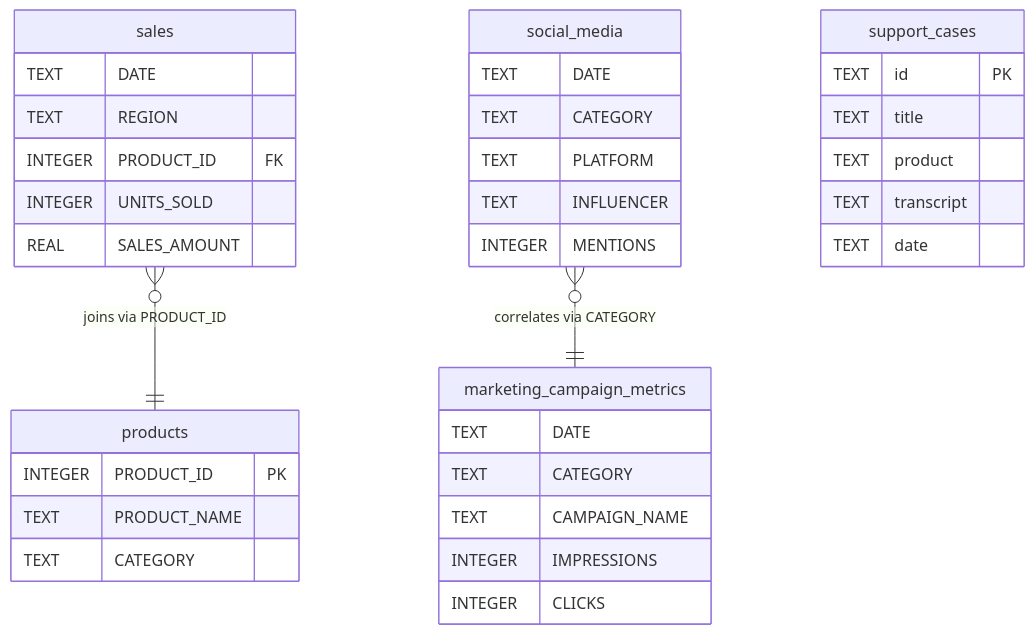
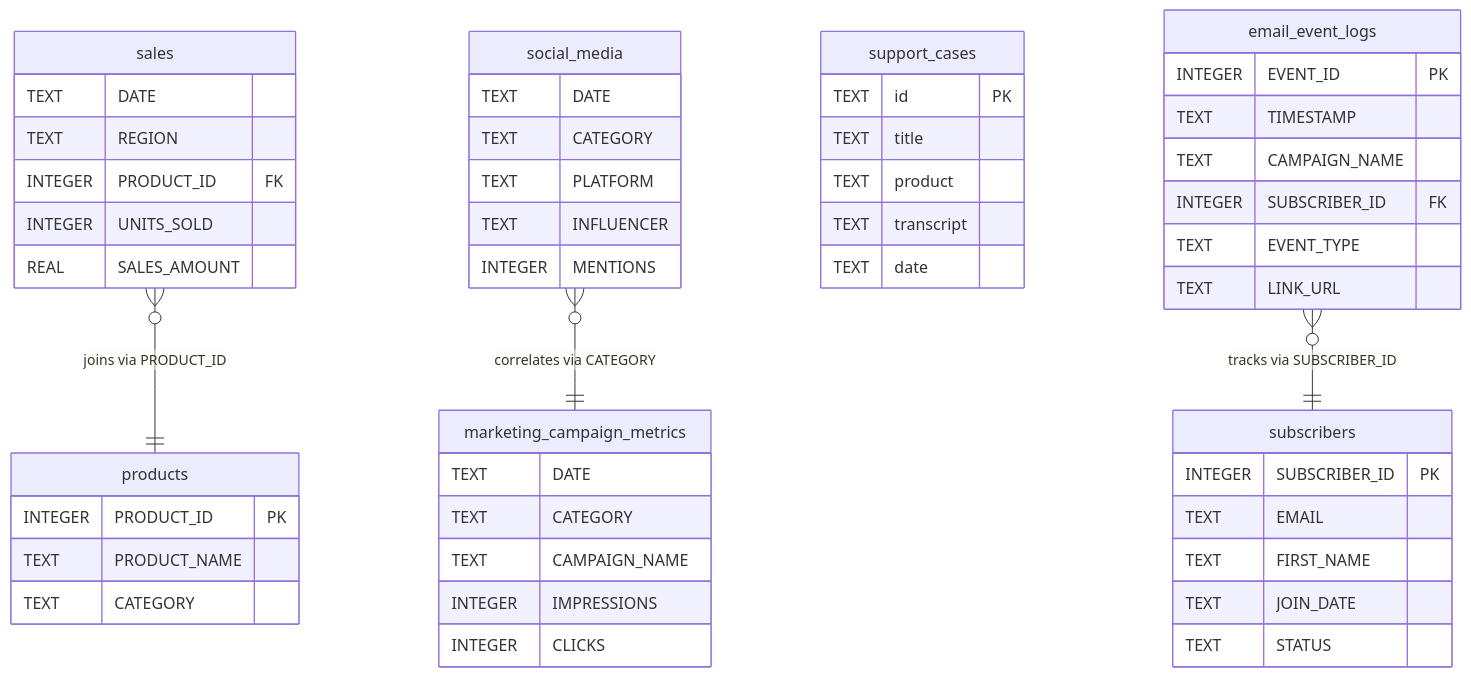
The second of 2 diagrams in README.md (SRINIVASTA/email-campaign-intelligence-agent), drawn with Mermaid before and after one commit. The commit also changed other lines of this file, not shown here.

````diff
--- a/README.md
+++ b/README.md
@@ -40,39 +41,55 @@
 ```mermaid
 erDiagram
     products {
         INTEGER PRODUCT_ID PK
         TEXT PRODUCT_NAME
         TEXT CATEGORY
     }
     sales {
         TEXT DATE
         TEXT REGION
         INTEGER PRODUCT_ID FK
         INTEGER UNITS_SOLD
         REAL SALES_AMOUNT
     }
     marketing_campaign_metrics {
         TEXT DATE
         TEXT CATEGORY
         TEXT CAMPAIGN_NAME
         INTEGER IMPRESSIONS
         INTEGER CLICKS
     }
     social_media {
         TEXT DATE
         TEXT CATEGORY
         TEXT PLATFORM
         TEXT INFLUENCER
         INTEGER MENTIONS
     }
     support_cases {
         TEXT id PK
         TEXT title
         TEXT product
         TEXT transcript
         TEXT date
     }
+    subscribers {
+        INTEGER SUBSCRIBER_ID PK
+        TEXT EMAIL
+        TEXT FIRST_NAME
+        TEXT JOIN_DATE
+        TEXT STATUS
+    }
+    email_event_logs {
+        INTEGER EVENT_ID PK
+        TEXT TIMESTAMP
+        TEXT CAMPAIGN_NAME
+        INTEGER SUBSCRIBER_ID FK
+        TEXT EVENT_TYPE
+        TEXT LINK_URL
+    }
 
     sales }o--|| products : "joins via PRODUCT_ID"
     social_media }o--|| marketing_campaign_metrics : "correlates via CATEGORY"
+    email_event_logs }o--|| subscribers : "tracks via SUBSCRIBER_ID"
 ```
````
